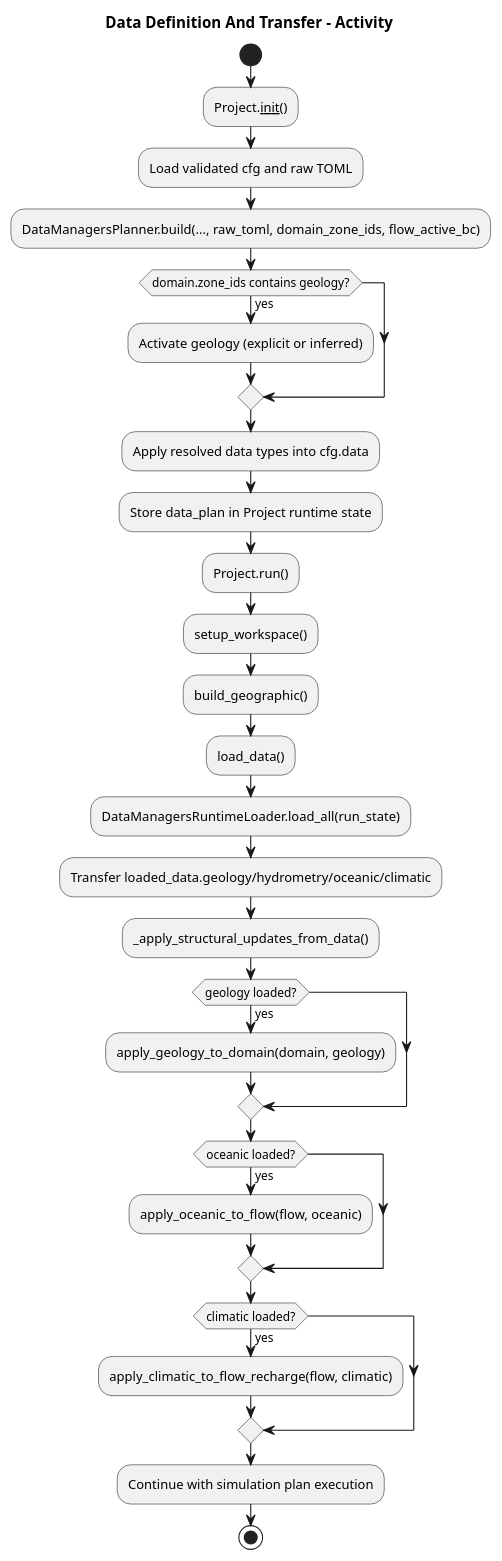
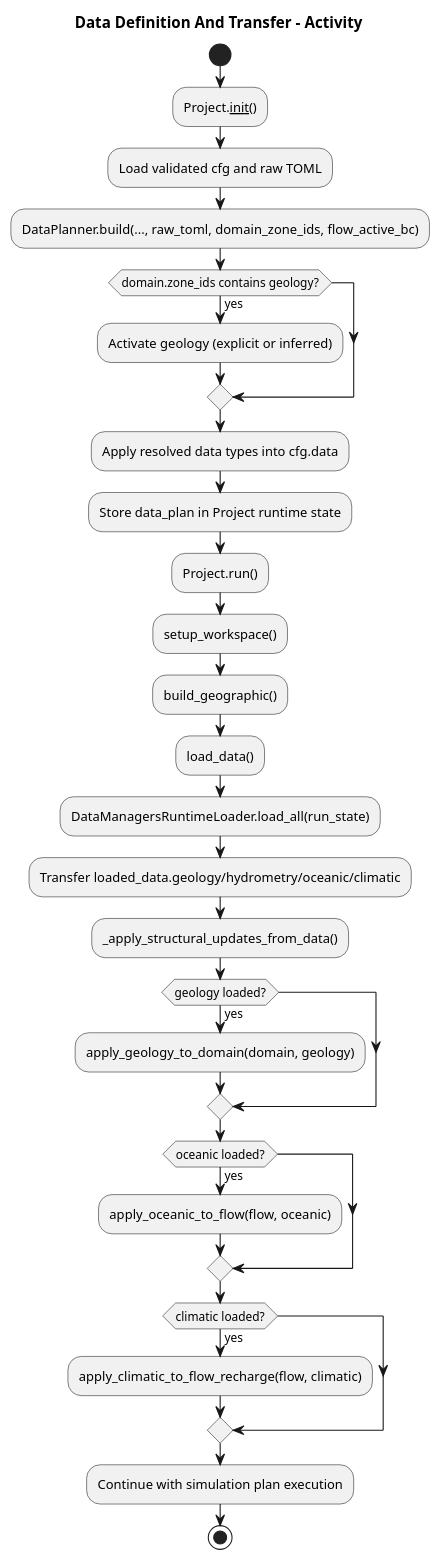
Before and after one commit to HydroModPy/HydroModPy: the diagram in docs/source/architecture/data_loading/diagrams/data_definition_transfer_activity.wsd, drawn with PlantUML. The commit also changed 7 other files, not shown here.

Commit message:
[docs] - clean architecture pipeline ghost and DataManagersPlanner references

```diff
--- a/docs/source/architecture/data_loading/diagrams/data_definition_transfer_activity.wsd
+++ b/docs/source/architecture/data_loading/diagrams/data_definition_transfer_activity.wsd
@@ -1,37 +1,37 @@
 @startuml
 title Data Definition And Transfer - Activity
 
 start
 
 :Project.__init__();
 :Load validated cfg and raw TOML;
 
-:DataManagersPlanner.build(..., raw_toml, domain_zone_ids, flow_active_bc);
+:DataPlanner.build(..., raw_toml, domain_zone_ids, flow_active_bc);
 if (domain.zone_ids contains geology?) then (yes)
   :Activate geology (explicit or inferred);
 endif
 :Apply resolved data types into cfg.data;
 :Store data_plan in Project runtime state;
 
 :Project.run();
 :setup_workspace();
 :build_geographic();
 
 :load_data();
 :DataManagersRuntimeLoader.load_all(run_state);
 :Transfer loaded_data.geology/hydrometry/oceanic/climatic;
 
 :_apply_structural_updates_from_data();
 if (geology loaded?) then (yes)
   :apply_geology_to_domain(domain, geology);
 endif
 if (oceanic loaded?) then (yes)
   :apply_oceanic_to_flow(flow, oceanic);
 endif
 if (climatic loaded?) then (yes)
   :apply_climatic_to_flow_recharge(flow, climatic);
 endif
 
 :Continue with simulation plan execution;
 stop
 @enduml
```
